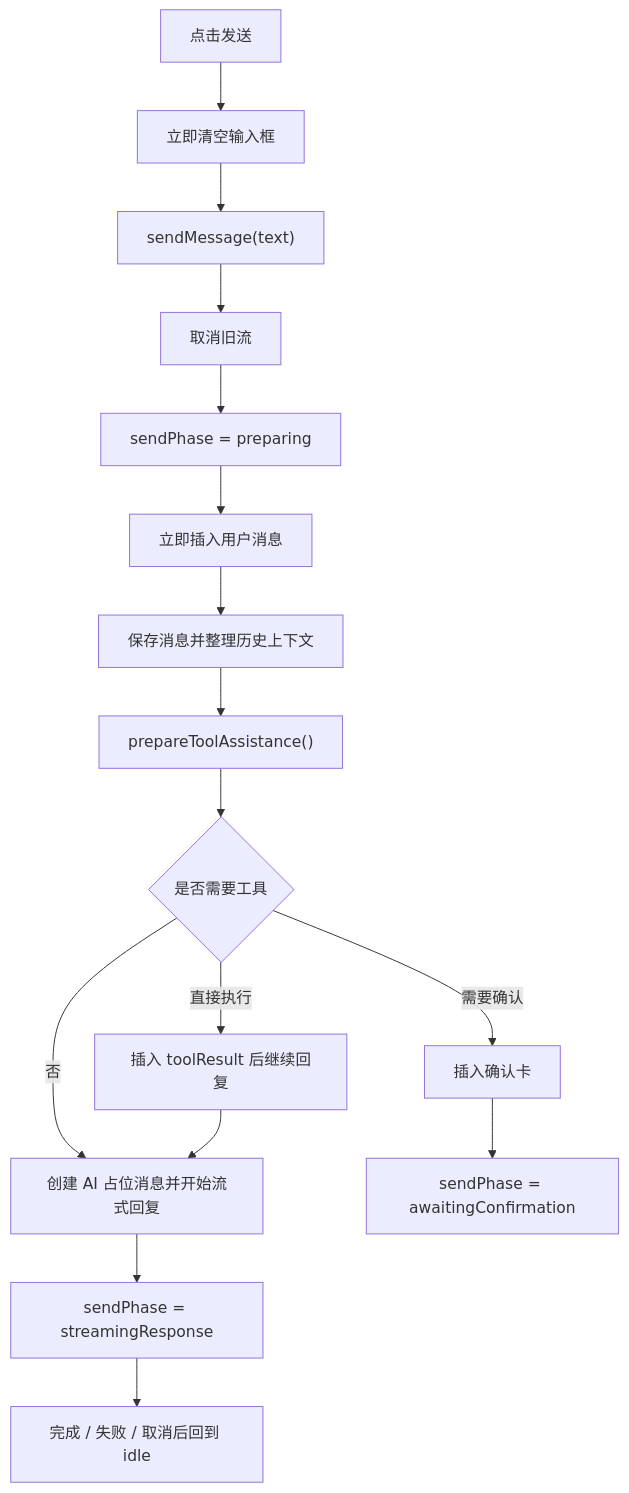
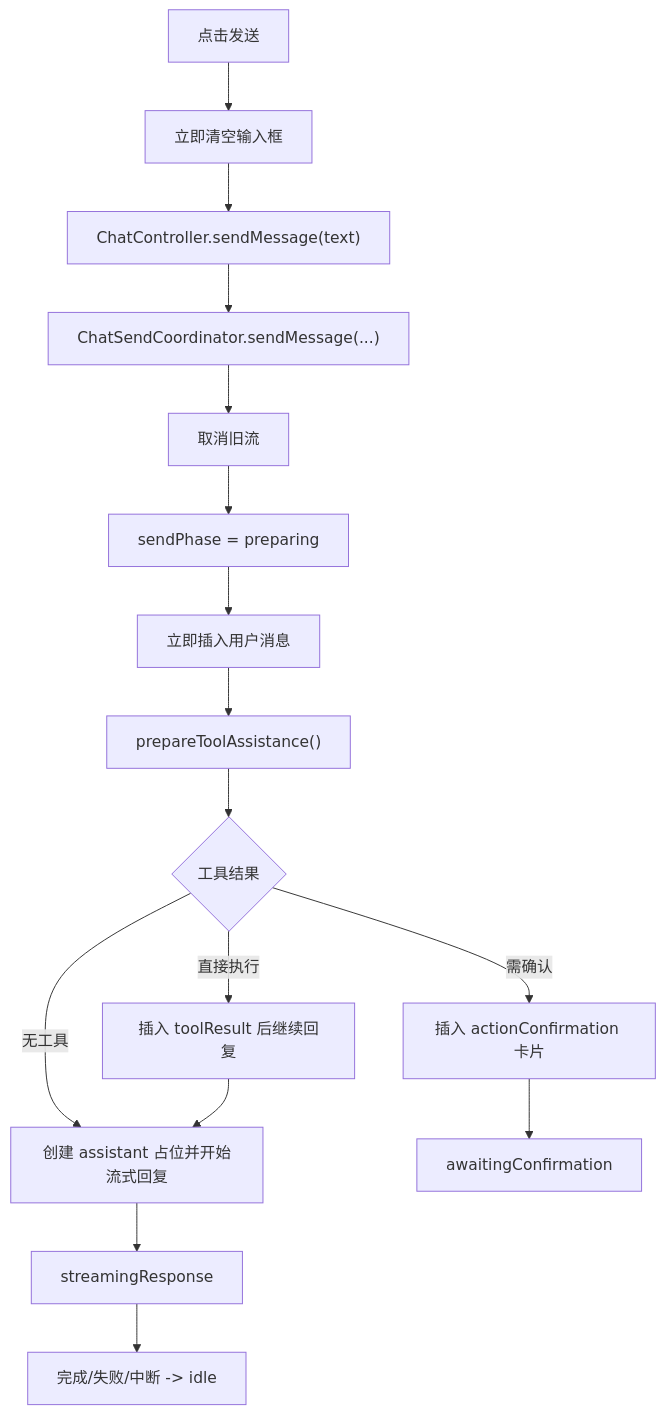
The diagram in README.md (18839779221/FlutterAIChat), drawn with Mermaid before and after one commit. The commit also changed other lines of this file and 2 other files, not shown here.

Commit message:
docs: refresh architecture notes and feature backlog

````diff
--- a/README.md
+++ b/README.md
@@ -54,18 +73,18 @@
 ```mermaid
 flowchart TD
     A["点击发送"] --> B["立即清空输入框"]
-    B --> C["sendMessage(text)"]
-    C --> D["取消旧流"]
-    D --> E["sendPhase = preparing"]
-    E --> F["立即插入用户消息"]
-    F --> G["保存消息并整理历史上下文"]
+    B --> C["ChatController.sendMessage(text)"]
+    C --> D["ChatSendCoordinator.sendMessage(...)"]
+    D --> E["取消旧流"]
+    E --> F["sendPhase = preparing"]
+    F --> G["立即插入用户消息"]
     G --> H["prepareToolAssistance()"]
-    H --> I{"是否需要工具"}
-    I -->|否| J["创建 AI 占位消息并开始流式回复"]
-    I -->|需要确认| K["插入确认卡"]
+    H --> I{"工具结果"}
+    I -->|无工具| J["创建 assistant 占位并开始流式回复"]
+    I -->|需确认| K["插入 actionConfirmation 卡片"]
     I -->|直接执行| L["插入 toolResult 后继续回复"]
     L --> J
-    J --> M["sendPhase = streamingResponse"]
-    M --> N["完成 / 失败 / 取消后回到 idle"]
-    K --> O["sendPhase = awaitingConfirmation"]
+    K --> M["awaitingConfirmation"]
+    J --> N["streamingResponse"]
+    N --> O["完成/失败/中断 -> idle"]
 ```
````
